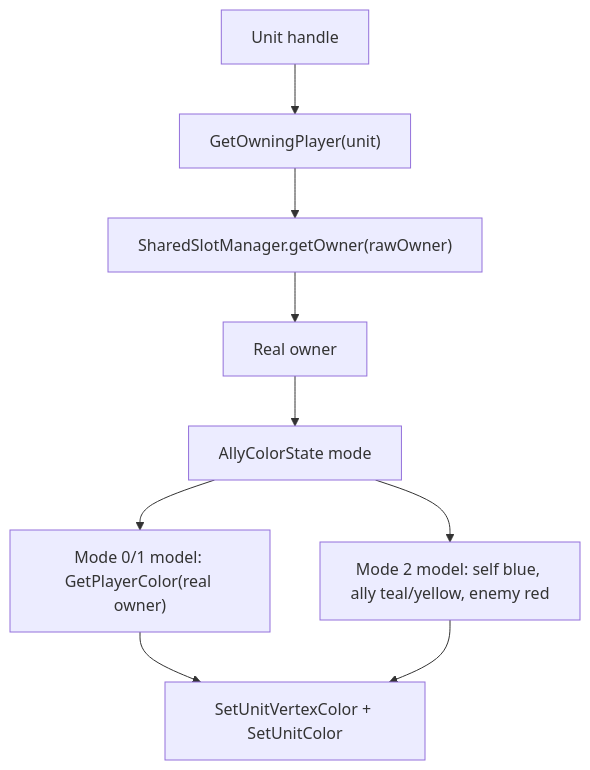
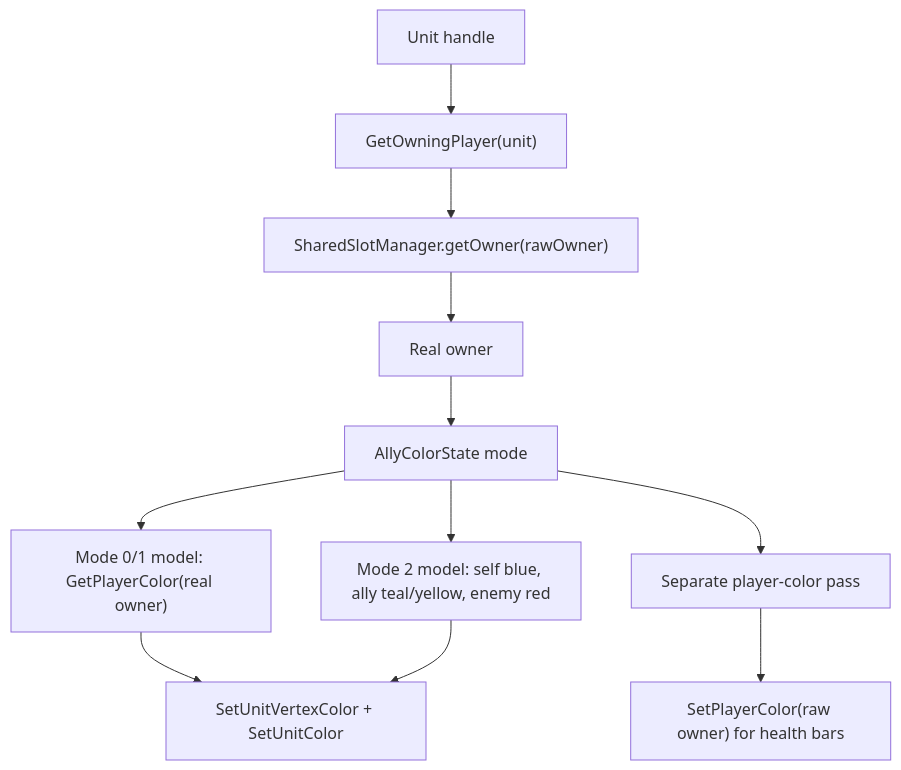
One commit to Warcraft-3-Risk/wc3-risk-system changed the diagram in docs/shared-slots/unit-color-assignment-readme.md. Above: the diagram before and after it, drawn with Mermaid. The commit also changed other lines of this file and 5 other files, not shown here.

````diff
--- a/docs/shared-slots/unit-color-assignment-readme.md
+++ b/docs/shared-slots/unit-color-assignment-readme.md
@@ -17,11 +17,13 @@
 ```mermaid
 flowchart TD
     Unit["Unit handle"] --> Raw["GetOwningPlayer(unit)"]
     Raw --> Resolve["SharedSlotManager.getOwner(rawOwner)"]
     Resolve --> Real["Real owner"]
     Real --> Mode["AllyColorState mode"]
     Mode --> Normal["Mode 0/1 model: GetPlayerColor(real owner)"]
     Mode --> High["Mode 2 model: self blue, ally teal/yellow, enemy red"]
     Normal --> Apply["SetUnitVertexColor + SetUnitColor"]
+    Mode --> PlayerColor["Separate player-color pass"]
+    PlayerColor --> HealthBars["SetPlayerColor(raw owner) for health bars"]
     High --> Apply
 ```
````
